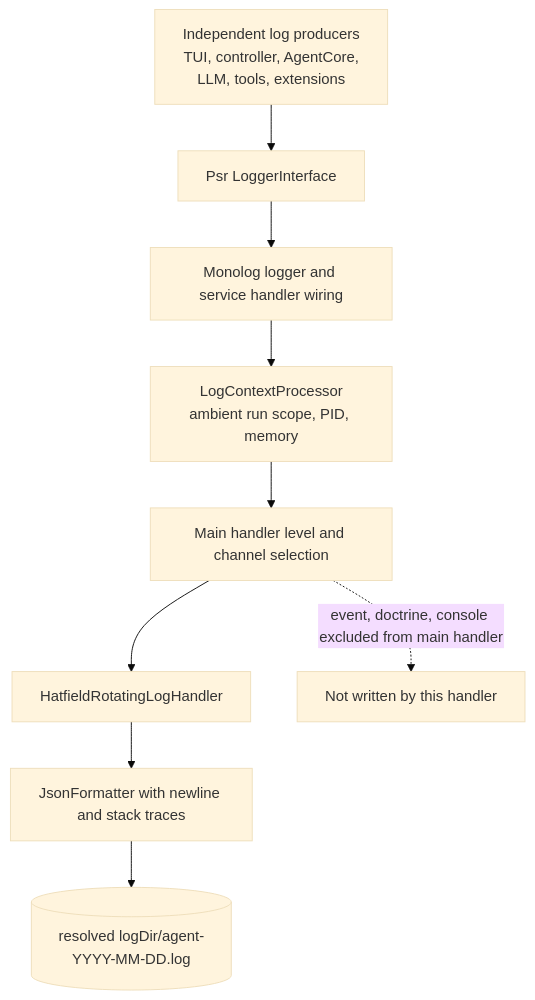
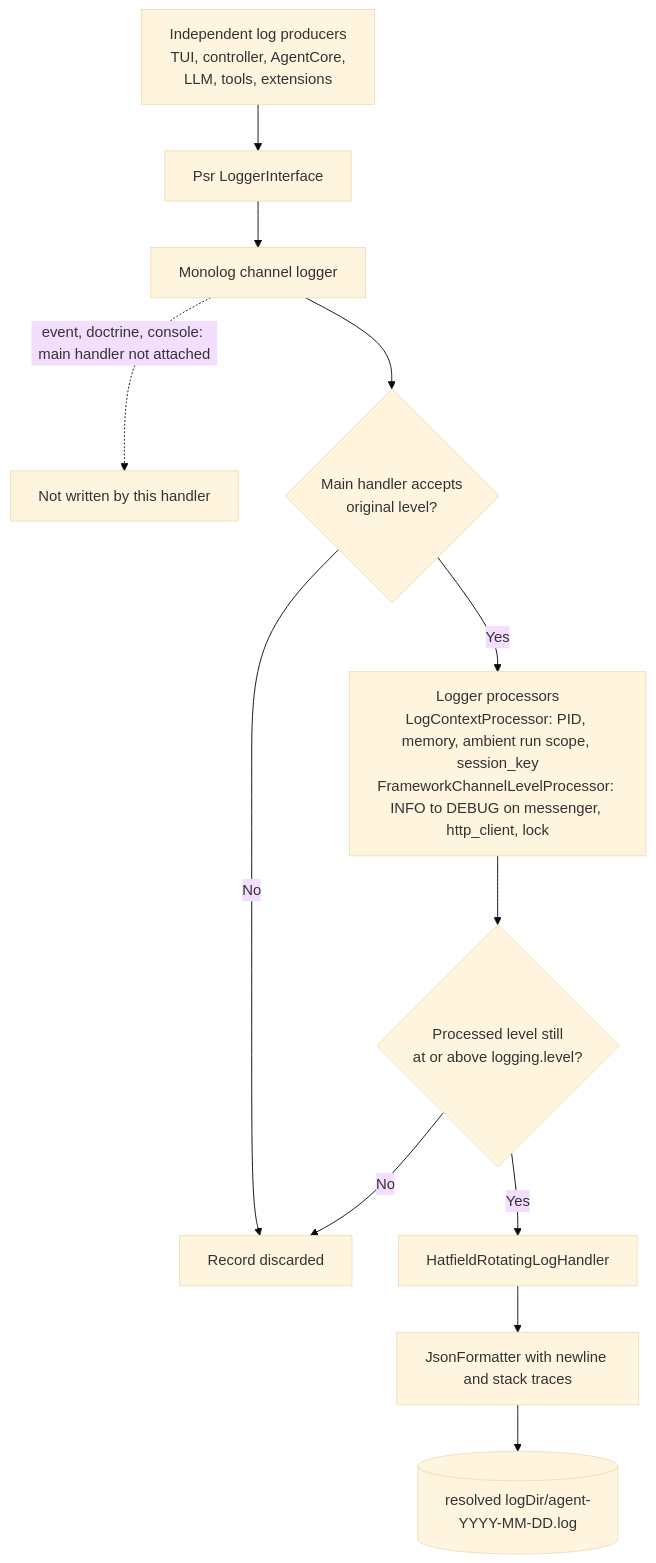
One commit to ineersa/agent-core changed the first of 6 diagrams in architecture/logging.md. Above: the diagram before and after it, drawn with Mermaid (base theme). The commit also changed other lines of this file and 86 other files, not shown here.

First line of the commit message:
Fix documentation drift and expand architecture diagrams

````diff
--- a/architecture/logging.md
+++ b/architecture/logging.md
@@ -11,12 +11,14 @@
 ```mermaid
 flowchart TD
     Producers["Independent log producers<br/>TUI, controller, AgentCore,<br/>LLM, tools, extensions"] --> PSR[Psr LoggerInterface]
-    PSR --> Monolog[Monolog logger and service handler wiring]
-    Processor["LogContextProcessor<br/>ambient run scope, PID, memory"]
-    Monolog --> Processor
-    Processor --> Filter[Main handler level and channel selection]
-    Filter --> Handler[HatfieldRotatingLogHandler]
+    PSR --> Channel["Monolog channel logger"]
+    Channel -.->|"event, doctrine, console: main handler not attached"| Excluded[Not written by this handler]
+    Channel --> Precheck{"Main handler accepts<br/>original level?"}
+    Precheck -->|No| Dropped[Record discarded]
+    Precheck -->|Yes| Processors["Logger processors<br/>LogContextProcessor: PID, memory, ambient run scope, session_key<br/>FrameworkChannelLevelProcessor: INFO to DEBUG on messenger, http_client, lock"]
+    Processors --> Recheck{"Processed level still<br/>at or above logging.level?"}
+    Recheck -->|No| Dropped
+    Recheck -->|Yes| Handler[HatfieldRotatingLogHandler]
     Handler --> JSON[JsonFormatter with newline and stack traces]
     JSON --> Files[("resolved logDir/agent-YYYY-MM-DD.log")]
-    Filter -.->|"event, doctrine, console excluded from main handler"| Excluded[Not written by this handler]
 ```
````
